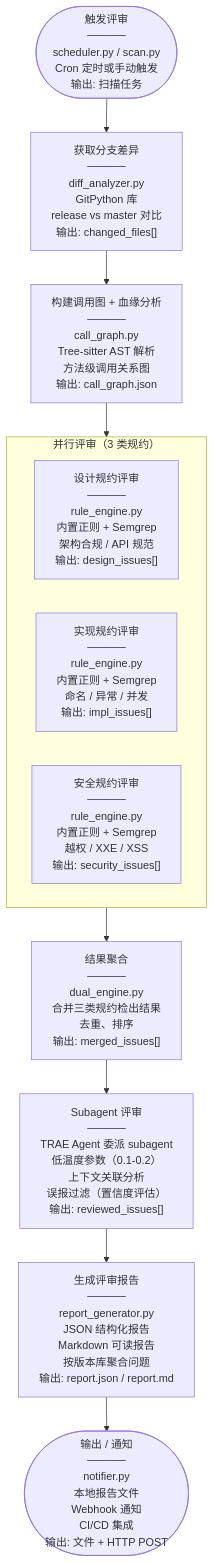
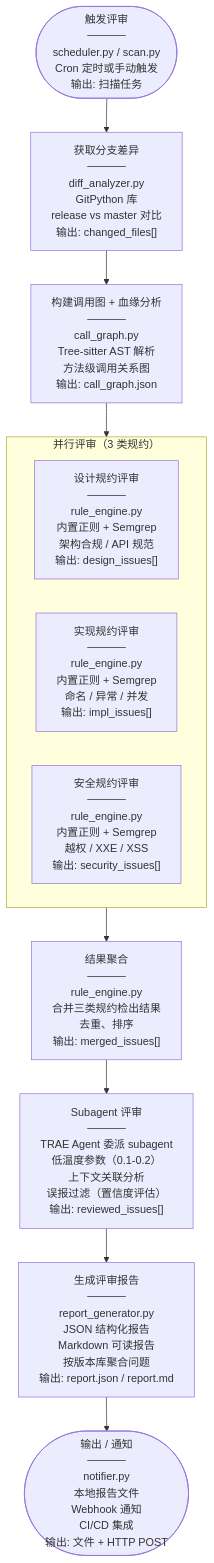
One commit to christinkaka/code-review-skill changed the diagram in docs/advanced.md. Above: the diagram before and after it, drawn with Mermaid. The commit also changed 4 other files, not shown here.

````diff
--- a/docs/advanced.md
+++ b/docs/advanced.md
@@ -53,77 +53,77 @@
 ```mermaid
 flowchart TD
     START(["触发评审
     ─────
     scheduler.py / scan.py
     Cron 定时或手动触发
     输出: 扫描任务"]) --> DIFF["获取分支差异
     ─────
     diff_analyzer.py
     GitPython 库
     release vs master 对比
     输出: changed_files[]"]
     
     DIFF --> CG["构建调用图 + 血缘分析
     ─────
     call_graph.py
     Tree-sitter AST 解析
     方法级调用关系图
     输出: call_graph.json"]
 
     CG --> PARALLEL
 
     subgraph PARALLEL["并行评审（3 类规约）"]
         direction LR
         R1["设计规约评审
         ─────
         rule_engine.py
         内置正则 + Semgrep
         架构合规 / API 规范
         输出: design_issues[]"]
         
         R2["实现规约评审
         ─────
         rule_engine.py
         内置正则 + Semgrep
         命名 / 异常 / 并发
         输出: impl_issues[]"]
         
         R3["安全规约评审
         ─────
         rule_engine.py
         内置正则 + Semgrep
         越权 / XXE / XSS
         输出: security_issues[]"]
     end
 
     PARALLEL --> AGG["结果聚合
     ─────
-    dual_engine.py
+    rule_engine.py
     合并三类规约检出结果
     去重、排序
     输出: merged_issues[]"]
     
     AGG --> AI["Subagent 评审
     ─────
     TRAE Agent 委派 subagent
     低温度参数（0.1-0.2）
     上下文关联分析
     误报过滤（置信度评估）
     输出: reviewed_issues[]"]
     
     AI --> REPORT["生成评审报告
     ─────
     report_generator.py
     JSON 结构化报告
     Markdown 可读报告
     按版本库聚合问题
     输出: report.json / report.md"]
     
     REPORT --> END(["输出 / 通知
     ─────
     notifier.py
     本地报告文件
     Webhook 通知
     CI/CD 集成
     输出: 文件 + HTTP POST"])
 ```
````
